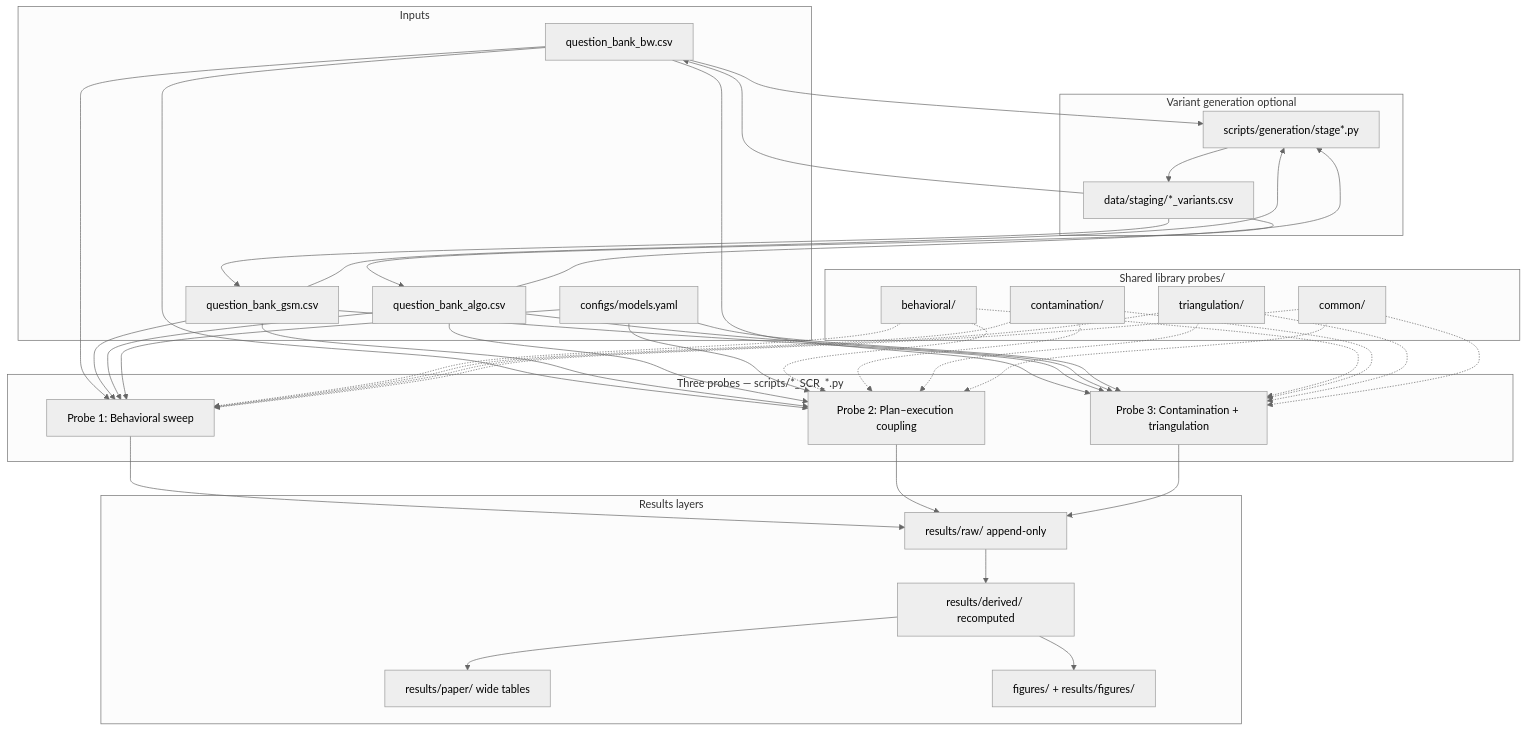
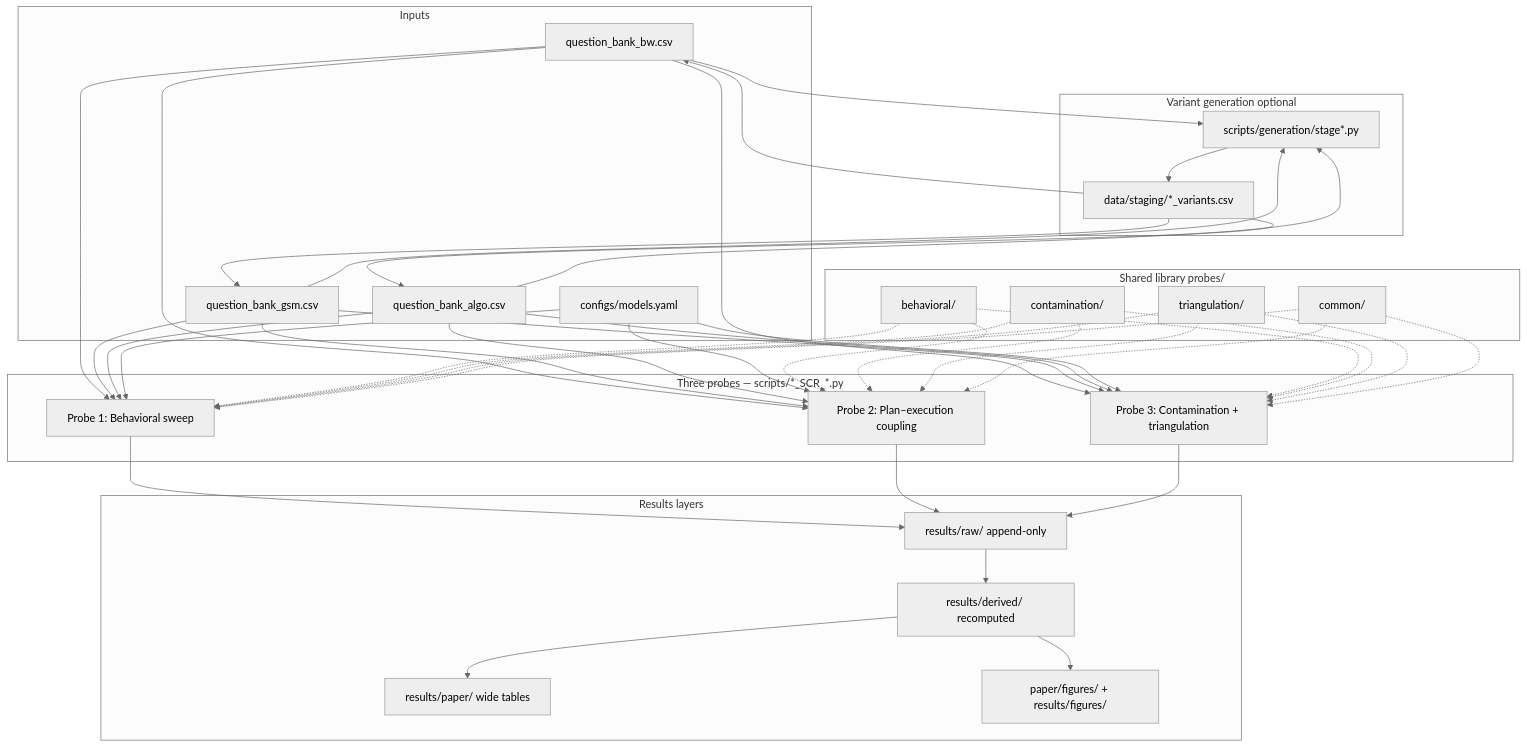
One commit to Adya6714/retrieval-vs-computation changed the diagram in README.md. Above: the diagram before and after it, drawn with Mermaid (neutral theme). The commit also changed other lines of this file and 113 other files, not shown here.

First line of the commit message:
Reorganize repo: merge CAISc paper, add research vault, consolidate figures.

````diff
--- a/README.md
+++ b/README.md
@@ -48,49 +65,49 @@
 ```mermaid
 flowchart TB
   subgraph inputs [Inputs]
     QB_BW[question_bank_bw.csv]
     QB_GSM[question_bank_gsm.csv]
     QB_ALGO[question_bank_algo.csv]
     CFG[configs/models.yaml]
   end
 
   subgraph codegen [Variant generation optional]
     STG[data/staging/*_variants.csv]
     GEN[scripts/generation/stage*.py]
     QB_BW --> GEN
     QB_GSM --> GEN
     QB_ALGO --> GEN
     GEN --> STG
     STG --> QB_BW
     STG --> QB_GSM
     STG --> QB_ALGO
   end
 
   subgraph probes [Three probes — scripts/*_SCR_*.py]
     P1[Probe 1: Behavioral sweep]
     P2[Probe 2: Plan–execution coupling]
     P3[Probe 3: Contamination + triangulation]
   end
 
   subgraph results [Results layers]
     RAW[results/raw/ append-only]
     DER[results/derived/ recomputed]
     PAP[results/paper/ wide tables]
-    FIG[figures/ + results/figures/]
+    FIG[paper/figures/ + results/figures/]
   end
 
   subgraph lib [Shared library probes/]
     BEH[behavioral/]
     CONT[contamination/]
     TRI[triangulation/]
     COM[common/]
   end
 
   QB_BW & QB_GSM & QB_ALGO --> P1 & P2 & P3
   CFG --> P1 & P2 & P3
   P1 & P2 & P3 --> RAW
   RAW --> DER
   DER --> PAP
   DER --> FIG
   BEH & CONT & TRI & COM -.-> P1 & P2 & P3
 ```
````
